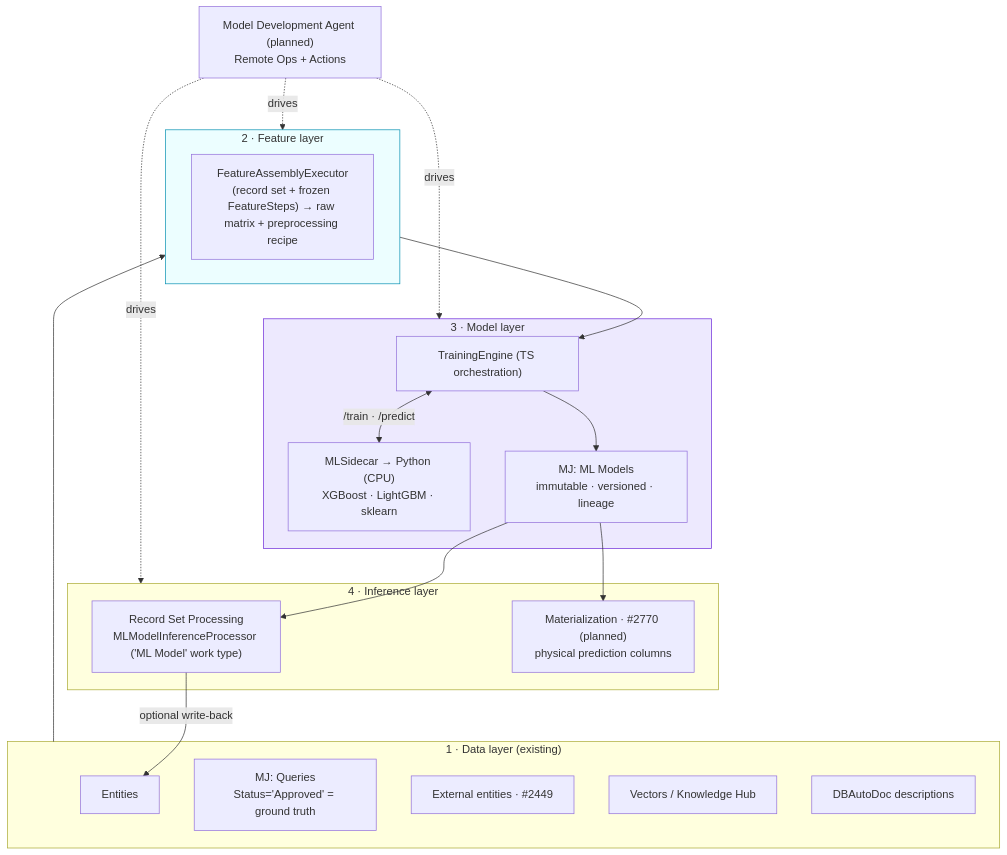
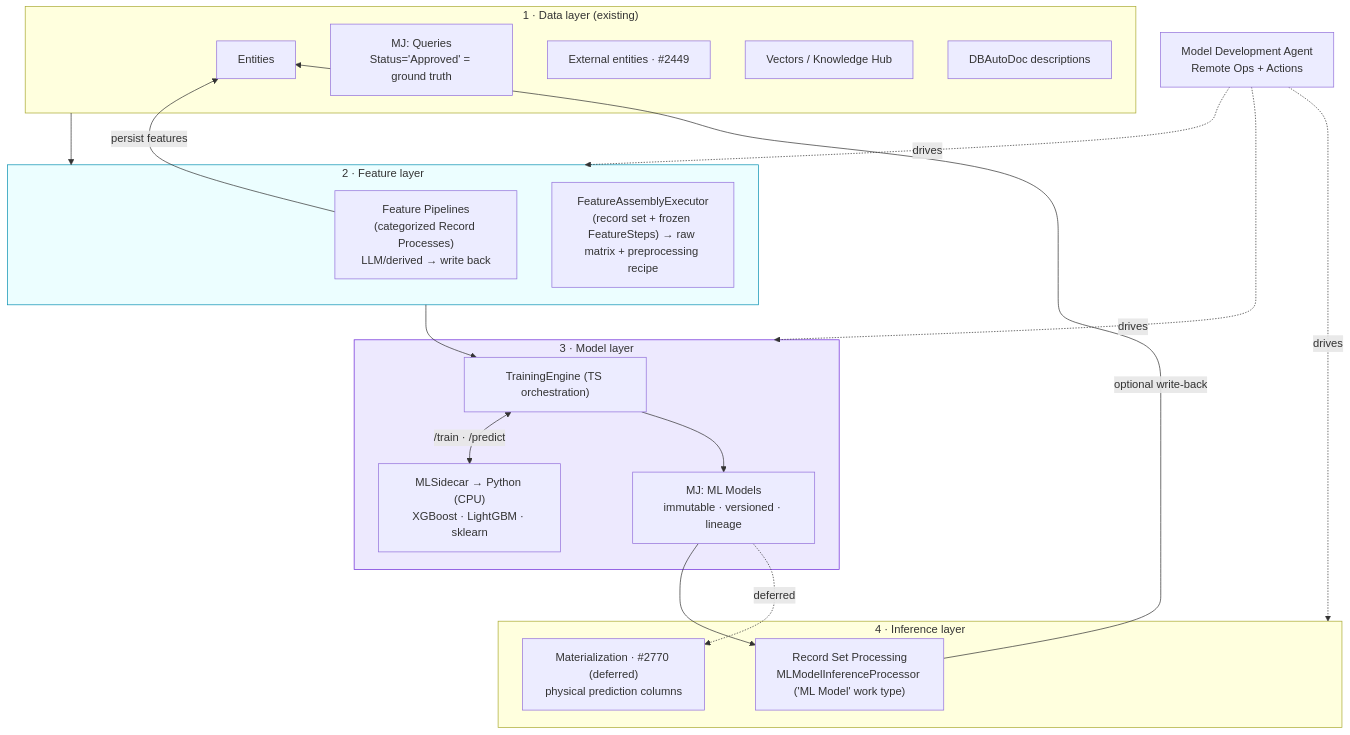
The first of 12 diagrams in guides/PREDICTIVE_STUDIO_GUIDE.md (MemberJunction/MJ), drawn with Mermaid before and after one commit. The commit also changed other lines of this file and 11 other files, not shown here.

````diff
--- a/guides/PREDICTIVE_STUDIO_GUIDE.md
+++ b/guides/PREDICTIVE_STUDIO_GUIDE.md
@@ -72,32 +78,34 @@
 ```mermaid
 flowchart TB
     subgraph DATA["1 · Data layer (existing)"]
         E[Entities]
         Q["MJ: Queries<br/>Status='Approved' = ground truth"]
         EXT["External entities · #2449"]
         VEC[Vectors / Knowledge Hub]
         DOC[DBAutoDoc descriptions]
     end
     subgraph FEAT["2 · Feature layer"]
+        FP["Feature Pipelines<br/>(categorized Record Processes)<br/>LLM/derived → write back"]
         FA["FeatureAssemblyExecutor<br/>(record set + frozen FeatureSteps) → raw matrix + preprocessing recipe"]
     end
     subgraph MODEL["3 · Model layer"]
         TRAIN["TrainingEngine (TS orchestration)"]
         SIDE["MLSidecar → Python (CPU)<br/>XGBoost · LightGBM · sklearn"]
         MM["MJ: ML Models<br/>immutable · versioned · lineage"]
     end
     subgraph INFER["4 · Inference layer"]
         RSP["Record Set Processing<br/>MLModelInferenceProcessor ('ML Model' work type)"]
-        MAT["Materialization · #2770 (planned)<br/>physical prediction columns"]
+        MAT["Materialization · #2770 (deferred)<br/>physical prediction columns"]
     end
     DATA --> FEAT
+    FP -->|persist features| E
     FEAT --> TRAIN
     TRAIN <-->|"/train · /predict"| SIDE
     TRAIN --> MM
     MM --> RSP
-    MM --> MAT
+    MM -.deferred.-> MAT
     RSP -->|optional write-back| E
-    AGENT["Model Development Agent (planned)<br/>Remote Ops + Actions"] -.drives.-> FEAT & MODEL & INFER
+    AGENT["Model Development Agent<br/>Remote Ops + Actions"] -.drives.-> FEAT & MODEL & INFER
     style FEAT fill:#ecfeff,stroke:#0891b2
     style MODEL fill:#ede9fe,stroke:#6d28d9
 ```
````
